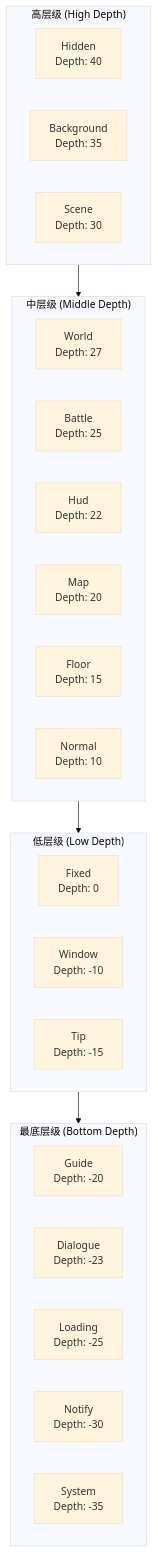
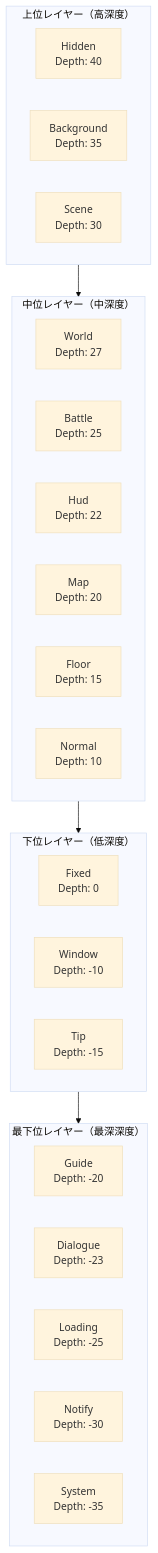
Before and after one commit to AlianBlank/GameFrameX.Docs: the third of 3 diagrams in docs/ja/client/unity/component/ui/10.ui-group-hierarchy.md, drawn with Mermaid (base theme). The commit also changed other lines of this file and 320 other files, not shown here.

````diff
--- a/docs/ja/client/unity/component/ui/10.ui-group-hierarchy.md
+++ b/docs/ja/client/unity/component/ui/10.ui-group-hierarchy.md
@@ -93,35 +97,35 @@
 ```mermaid
 flowchart TB
-    subgraph Top["高层级 (High Depth)"]
+    subgraph Top["上位レイヤー（高深度）"]
         H1["Hidden<br/>Depth: 40"]
         H2["Background<br/>Depth: 35"]
         H3["Scene<br/>Depth: 30"]
     end
 
-    subgraph Mid["中层级 (Middle Depth)"]
+    subgraph Mid["中位レイヤー（中深度）"]
         M1["World<br/>Depth: 27"]
         M2["Battle<br/>Depth: 25"]
         M3["Hud<br/>Depth: 22"]
         M4["Map<br/>Depth: 20"]
         M5["Floor<br/>Depth: 15"]
         M6["Normal<br/>Depth: 10"]
     end
 
-    subgraph Low["低层级 (Low Depth)"]
+    subgraph Low["下位レイヤー（低深度）"]
         L1["Fixed<br/>Depth: 0"]
         L2["Window<br/>Depth: -10"]
         L3["Tip<br/>Depth: -15"]
     end
 
-    subgraph Bottom["最底层级 (Bottom Depth)"]
+    subgraph Bottom["最下位レイヤー（最深深度）"]
         B1["Guide<br/>Depth: -20"]
         B2["Dialogue<br/>Depth: -23"]
         B3["Loading<br/>Depth: -25"]
         B4["Notify<br/>Depth: -30"]
         B5["System<br/>Depth: -35"]
     end
 
     Top --> Mid
     Mid --> Low
     Low --> Bottom
 ```
````
